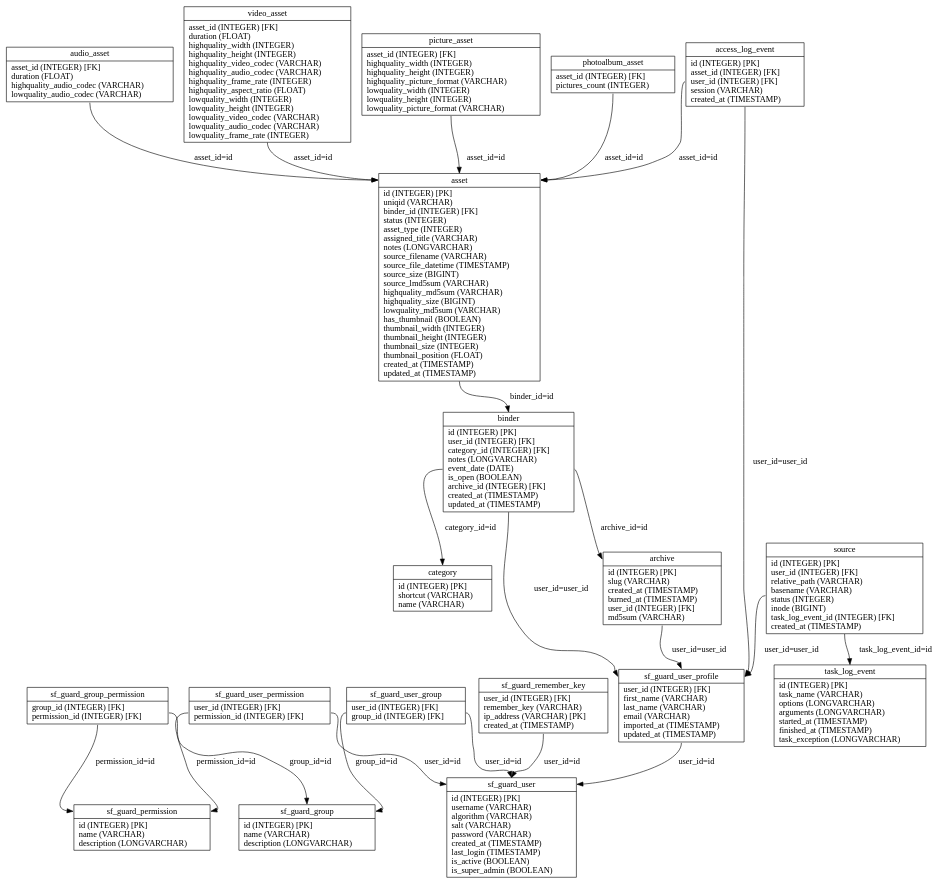
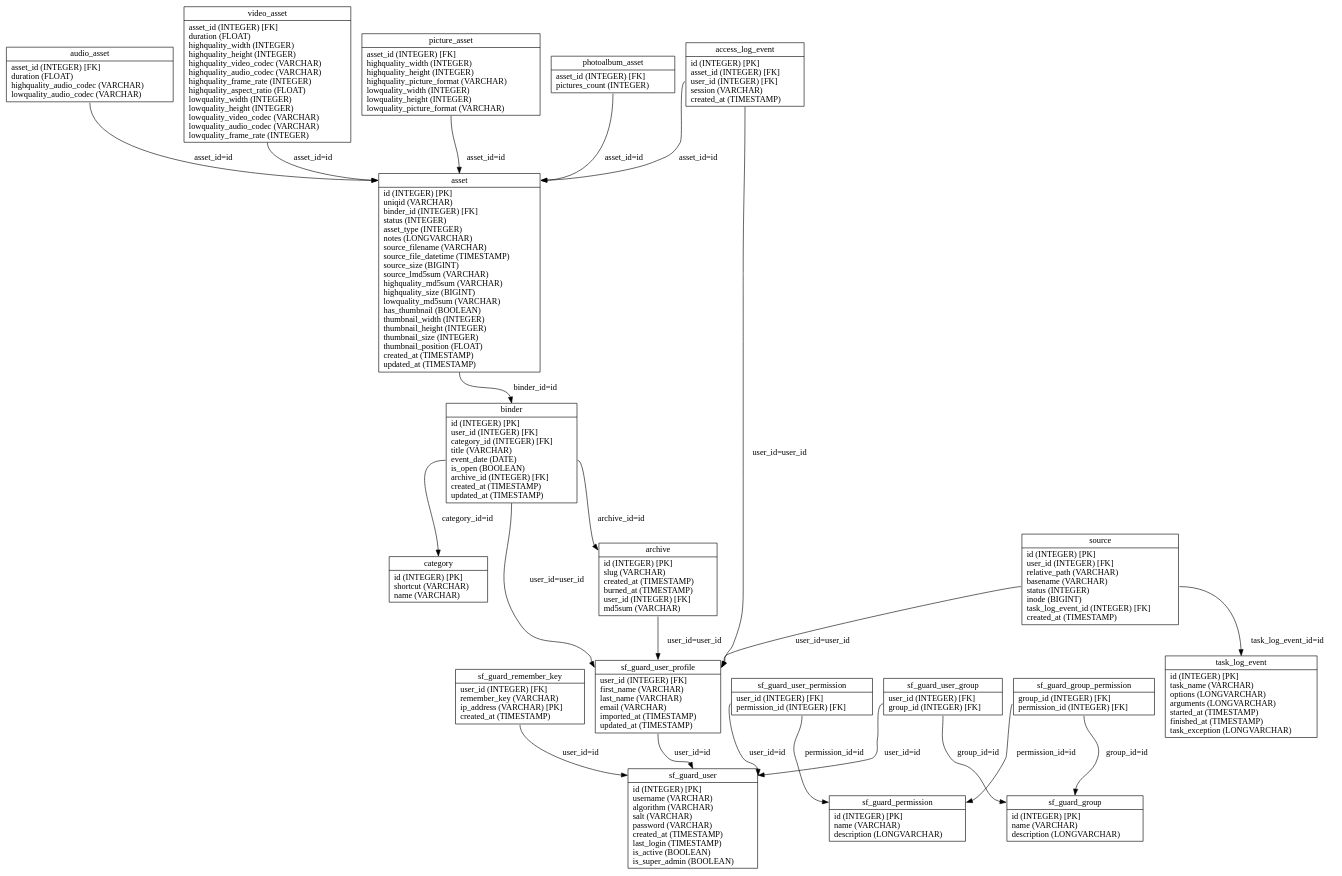
The diagram in graph/propel.schema.dot (loristissino/wviola), drawn with Graphviz before and after one commit. The commit also changed 87 other files, not shown here.

Commit message:
modified schema in order to have titles associated with the binder and only notes with the asset

```diff
--- a/graph/propel.schema.dot
+++ b/graph/propel.schema.dot
@@ -1,43 +1,43 @@
 digraph G {
+nodesf_guard_user_profile [label="{<table>sf_guard_user_profile|<cols>user_id (INTEGER) [FK]\lfirst_name (VARCHAR)\llast_name (VARCHAR)\lemail (VARCHAR)\limported_at (TIMESTAMP)\lupdated_at (TIMESTAMP)\l}", shape=record];
+nodeasset [label="{<table>asset|<cols>id (INTEGER) [PK]\luniqid (VARCHAR)\lbinder_id (INTEGER) [FK]\lstatus (INTEGER)\lasset_type (INTEGER)\lnotes (LONGVARCHAR)\lsource_filename (VARCHAR)\lsource_file_datetime (TIMESTAMP)\lsource_size (BIGINT)\lsource_lmd5sum (VARCHAR)\lhighquality_md5sum (VARCHAR)\lhighquality_size (BIGINT)\llowquality_md5sum (VARCHAR)\lhas_thumbnail (BOOLEAN)\lthumbnail_width (INTEGER)\lthumbnail_height (INTEGER)\lthumbnail_size (INTEGER)\lthumbnail_position (FLOAT)\lcreated_at (TIMESTAMP)\lupdated_at (TIMESTAMP)\l}", shape=record];
+nodevideo_asset [label="{<table>video_asset|<cols>asset_id (INTEGER) [FK]\lduration (FLOAT)\lhighquality_width (INTEGER)\lhighquality_height (INTEGER)\lhighquality_video_codec (VARCHAR)\lhighquality_audio_codec (VARCHAR)\lhighquality_frame_rate (INTEGER)\lhighquality_aspect_ratio (FLOAT)\llowquality_width (INTEGER)\llowquality_height (INTEGER)\llowquality_video_codec (VARCHAR)\llowquality_audio_codec (VARCHAR)\llowquality_frame_rate (INTEGER)\l}", shape=record];
+nodepicture_asset [label="{<table>picture_asset|<cols>asset_id (INTEGER) [FK]\lhighquality_width (INTEGER)\lhighquality_height (INTEGER)\lhighquality_picture_format (VARCHAR)\llowquality_width (INTEGER)\llowquality_height (INTEGER)\llowquality_picture_format (VARCHAR)\l}", shape=record];
+nodephotoalbum_asset [label="{<table>photoalbum_asset|<cols>asset_id (INTEGER) [FK]\lpictures_count (INTEGER)\l}", shape=record];
+nodeaudio_asset [label="{<table>audio_asset|<cols>asset_id (INTEGER) [FK]\lduration (FLOAT)\lhighquality_audio_codec (VARCHAR)\llowquality_audio_codec (VARCHAR)\l}", shape=record];
+nodebinder [label="{<table>binder|<cols>id (INTEGER) [PK]\luser_id (INTEGER) [FK]\lcategory_id (INTEGER) [FK]\ltitle (VARCHAR)\levent_date (DATE)\lis_open (BOOLEAN)\larchive_id (INTEGER) [FK]\lcreated_at (TIMESTAMP)\lupdated_at (TIMESTAMP)\l}", shape=record];
+nodearchive [label="{<table>archive|<cols>id (INTEGER) [PK]\lslug (VARCHAR)\lcreated_at (TIMESTAMP)\lburned_at (TIMESTAMP)\luser_id (INTEGER) [FK]\lmd5sum (VARCHAR)\l}", shape=record];
+nodecategory [label="{<table>category|<cols>id (INTEGER) [PK]\lshortcut (VARCHAR)\lname (VARCHAR)\l}", shape=record];
+nodeaccess_log_event [label="{<table>access_log_event|<cols>id (INTEGER) [PK]\lasset_id (INTEGER) [FK]\luser_id (INTEGER) [FK]\lsession (VARCHAR)\lcreated_at (TIMESTAMP)\l}", shape=record];
+nodetask_log_event [label="{<table>task_log_event|<cols>id (INTEGER) [PK]\ltask_name (VARCHAR)\loptions (LONGVARCHAR)\larguments (LONGVARCHAR)\lstarted_at (TIMESTAMP)\lfinished_at (TIMESTAMP)\ltask_exception (LONGVARCHAR)\l}", shape=record];
+nodesource [label="{<table>source|<cols>id (INTEGER) [PK]\luser_id (INTEGER) [FK]\lrelative_path (VARCHAR)\lbasename (VARCHAR)\lstatus (INTEGER)\linode (BIGINT)\ltask_log_event_id (INTEGER) [FK]\lcreated_at (TIMESTAMP)\l}", shape=record];
 nodesf_guard_group [label="{<table>sf_guard_group|<cols>id (INTEGER) [PK]\lname (VARCHAR)\ldescription (LONGVARCHAR)\l}", shape=record];
 nodesf_guard_permission [label="{<table>sf_guard_permission|<cols>id (INTEGER) [PK]\lname (VARCHAR)\ldescription (LONGVARCHAR)\l}", shape=record];
 nodesf_guard_group_permission [label="{<table>sf_guard_group_permission|<cols>group_id (INTEGER) [FK]\lpermission_id (INTEGER) [FK]\l}", shape=record];
 nodesf_guard_user [label="{<table>sf_guard_user|<cols>id (INTEGER) [PK]\lusername (VARCHAR)\lalgorithm (VARCHAR)\lsalt (VARCHAR)\lpassword (VARCHAR)\lcreated_at (TIMESTAMP)\llast_login (TIMESTAMP)\lis_active (BOOLEAN)\lis_super_admin (BOOLEAN)\l}", shape=record];
 nodesf_guard_user_permission [label="{<table>sf_guard_user_permission|<cols>user_id (INTEGER) [FK]\lpermission_id (INTEGER) [FK]\l}", shape=record];
 nodesf_guard_user_group [label="{<table>sf_guard_user_group|<cols>user_id (INTEGER) [FK]\lgroup_id (INTEGER) [FK]\l}", shape=record];
 nodesf_guard_remember_key [label="{<table>sf_guard_remember_key|<cols>user_id (INTEGER) [FK]\lremember_key (VARCHAR)\lip_address (VARCHAR) [PK]\lcreated_at (TIMESTAMP)\l}", shape=record];
-nodesf_guard_user_profile [label="{<table>sf_guard_user_profile|<cols>user_id (INTEGER) [FK]\lfirst_name (VARCHAR)\llast_name (VARCHAR)\lemail (VARCHAR)\limported_at (TIMESTAMP)\lupdated_at (TIMESTAMP)\l}", shape=record];
-nodeasset [label="{<table>asset|<cols>id (INTEGER) [PK]\luniqid (VARCHAR)\lbinder_id (INTEGER) [FK]\lstatus (INTEGER)\lasset_type (INTEGER)\lassigned_title (VARCHAR)\lnotes (LONGVARCHAR)\lsource_filename (VARCHAR)\lsource_file_datetime (TIMESTAMP)\lsource_size (BIGINT)\lsource_lmd5sum (VARCHAR)\lhighquality_md5sum (VARCHAR)\lhighquality_size (BIGINT)\llowquality_md5sum (VARCHAR)\lhas_thumbnail (BOOLEAN)\lthumbnail_width (INTEGER)\lthumbnail_height (INTEGER)\lthumbnail_size (INTEGER)\lthumbnail_position (FLOAT)\lcreated_at (TIMESTAMP)\lupdated_at (TIMESTAMP)\l}", shape=record];
-nodevideo_asset [label="{<table>video_asset|<cols>asset_id (INTEGER) [FK]\lduration (FLOAT)\lhighquality_width (INTEGER)\lhighquality_height (INTEGER)\lhighquality_video_codec (VARCHAR)\lhighquality_audio_codec (VARCHAR)\lhighquality_frame_rate (INTEGER)\lhighquality_aspect_ratio (FLOAT)\llowquality_width (INTEGER)\llowquality_height (INTEGER)\llowquality_video_codec (VARCHAR)\llowquality_audio_codec (VARCHAR)\llowquality_frame_rate (INTEGER)\l}", shape=record];
-nodepicture_asset [label="{<table>picture_asset|<cols>asset_id (INTEGER) [FK]\lhighquality_width (INTEGER)\lhighquality_height (INTEGER)\lhighquality_picture_format (VARCHAR)\llowquality_width (INTEGER)\llowquality_height (INTEGER)\llowquality_picture_format (VARCHAR)\l}", shape=record];
-nodephotoalbum_asset [label="{<table>photoalbum_asset|<cols>asset_id (INTEGER) [FK]\lpictures_count (INTEGER)\l}", shape=record];
-nodeaudio_asset [label="{<table>audio_asset|<cols>asset_id (INTEGER) [FK]\lduration (FLOAT)\lhighquality_audio_codec (VARCHAR)\llowquality_audio_codec (VARCHAR)\l}", shape=record];
-nodebinder [label="{<table>binder|<cols>id (INTEGER) [PK]\luser_id (INTEGER) [FK]\lcategory_id (INTEGER) [FK]\lnotes (LONGVARCHAR)\levent_date (DATE)\lis_open (BOOLEAN)\larchive_id (INTEGER) [FK]\lcreated_at (TIMESTAMP)\lupdated_at (TIMESTAMP)\l}", shape=record];
-nodearchive [label="{<table>archive|<cols>id (INTEGER) [PK]\lslug (VARCHAR)\lcreated_at (TIMESTAMP)\lburned_at (TIMESTAMP)\luser_id (INTEGER) [FK]\lmd5sum (VARCHAR)\l}", shape=record];
-nodecategory [label="{<table>category|<cols>id (INTEGER) [PK]\lshortcut (VARCHAR)\lname (VARCHAR)\l}", shape=record];
-nodeaccess_log_event [label="{<table>access_log_event|<cols>id (INTEGER) [PK]\lasset_id (INTEGER) [FK]\luser_id (INTEGER) [FK]\lsession (VARCHAR)\lcreated_at (TIMESTAMP)\l}", shape=record];
-nodetask_log_event [label="{<table>task_log_event|<cols>id (INTEGER) [PK]\ltask_name (VARCHAR)\loptions (LONGVARCHAR)\larguments (LONGVARCHAR)\lstarted_at (TIMESTAMP)\lfinished_at (TIMESTAMP)\ltask_exception (LONGVARCHAR)\l}", shape=record];
-nodesource [label="{<table>source|<cols>id (INTEGER) [PK]\luser_id (INTEGER) [FK]\lrelative_path (VARCHAR)\lbasename (VARCHAR)\lstatus (INTEGER)\linode (BIGINT)\ltask_log_event_id (INTEGER) [FK]\lcreated_at (TIMESTAMP)\l}", shape=record];
 
-nodesf_guard_group_permission:cols -> nodesf_guard_group:table [label="group_id=id "];
-nodesf_guard_group_permission:cols -> nodesf_guard_permission:table [label="permission_id=id "];
-nodesf_guard_user_permission:cols -> nodesf_guard_user:table [label="user_id=id "];
-nodesf_guard_user_permission:cols -> nodesf_guard_permission:table [label="permission_id=id "];
-nodesf_guard_user_group:cols -> nodesf_guard_user:table [label="user_id=id "];
-nodesf_guard_user_group:cols -> nodesf_guard_group:table [label="group_id=id "];
-nodesf_guard_remember_key:cols -> nodesf_guard_user:table [label="user_id=id "];
 nodesf_guard_user_profile:cols -> nodesf_guard_user:table [label="user_id=id "];
 nodeasset:cols -> nodebinder:table [label="binder_id=id "];
 nodevideo_asset:cols -> nodeasset:table [label="asset_id=id "];
 nodepicture_asset:cols -> nodeasset:table [label="asset_id=id "];
 nodephotoalbum_asset:cols -> nodeasset:table [label="asset_id=id "];
 nodeaudio_asset:cols -> nodeasset:table [label="asset_id=id "];
 nodebinder:cols -> nodesf_guard_user_profile:table [label="user_id=user_id "];
 nodebinder:cols -> nodecategory:table [label="category_id=id "];
 nodebinder:cols -> nodearchive:table [label="archive_id=id "];
 nodearchive:cols -> nodesf_guard_user_profile:table [label="user_id=user_id "];
 nodeaccess_log_event:cols -> nodeasset:table [label="asset_id=id "];
 nodeaccess_log_event:cols -> nodesf_guard_user_profile:table [label="user_id=user_id "];
 nodesource:cols -> nodesf_guard_user_profile:table [label="user_id=user_id "];
 nodesource:cols -> nodetask_log_event:table [label="task_log_event_id=id "];
+nodesf_guard_group_permission:cols -> nodesf_guard_group:table [label="group_id=id "];
+nodesf_guard_group_permission:cols -> nodesf_guard_permission:table [label="permission_id=id "];
+nodesf_guard_user_permission:cols -> nodesf_guard_user:table [label="user_id=id "];
+nodesf_guard_user_permission:cols -> nodesf_guard_permission:table [label="permission_id=id "];
+nodesf_guard_user_group:cols -> nodesf_guard_user:table [label="user_id=id "];
+nodesf_guard_user_group:cols -> nodesf_guard_group:table [label="group_id=id "];
+nodesf_guard_remember_key:cols -> nodesf_guard_user:table [label="user_id=id "];
 }
```
